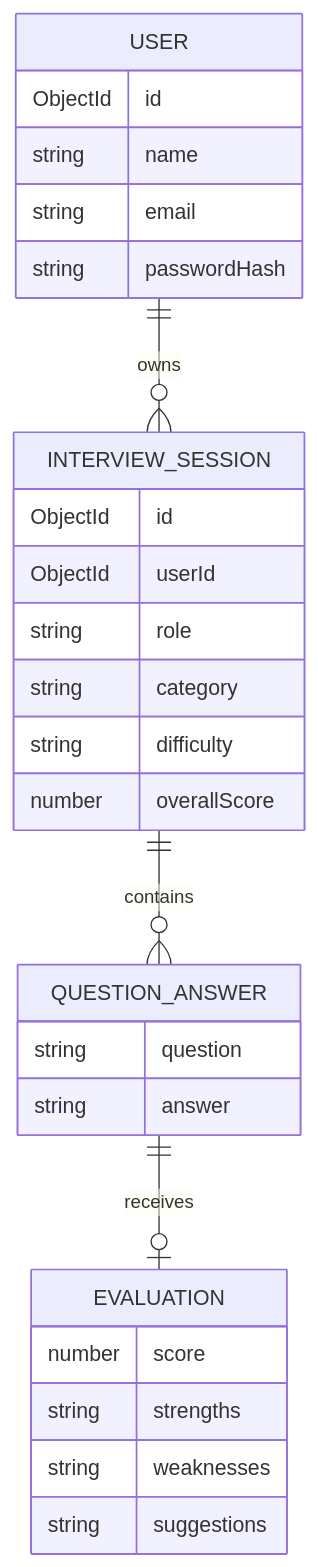
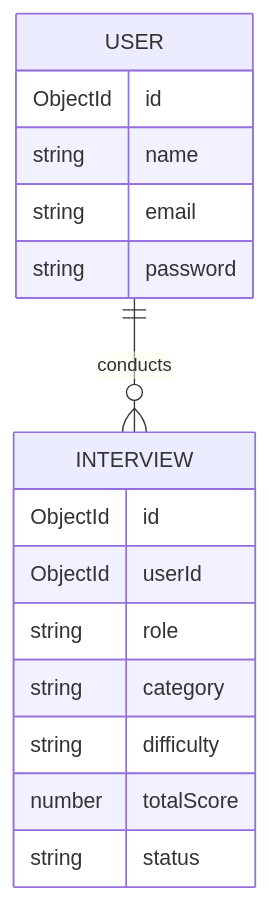
The third of 4 diagrams in README.md (VrushaliParmar/InterviewMate-AI), drawn with Mermaid before and after one commit. The commit also changed other lines of this file, not shown here.

````diff
--- a/README.md
+++ b/README.md
@@ -529,34 +293,19 @@
 ```mermaid
 erDiagram
-    USER ||--o{ INTERVIEW_SESSION : owns
-    INTERVIEW_SESSION ||--o{ QUESTION_ANSWER : contains
-    QUESTION_ANSWER ||--o| EVALUATION : receives
-
+    USER ||--o{ INTERVIEW : conducts
     USER {
         ObjectId id
         string name
         string email
-        string passwordHash
+        string password
     }
-
-    INTERVIEW_SESSION {
+    INTERVIEW {
         ObjectId id
         ObjectId userId
         string role
         string category
         string difficulty
-        number overallScore
-    }
-
-    QUESTION_ANSWER {
-        string question
-        string answer
-    }
-
-    EVALUATION {
-        number score
-        string strengths
-        string weaknesses
-        string suggestions
+        number totalScore
+        string status
     }
 ```
````
